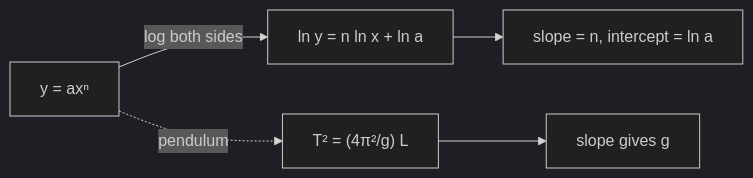
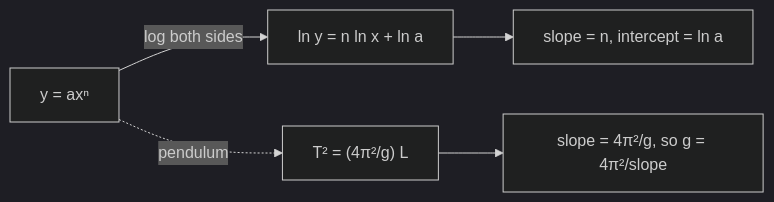
Before and after one commit to SurajGupta2009/Physics_JEEAD-OLYMPIAD_notes: the fifth of 6 diagrams in units-measurements/Units-measurements.md, drawn with Mermaid (dark theme). The commit also changed other lines of this file and 31 other files, not shown here.

````diff
--- a/units-measurements/Units-measurements.md
+++ b/units-measurements/Units-measurements.md
@@ -385,7 +405,7 @@
 ```mermaid
 flowchart LR
   A["y = axⁿ"] -->|"log both sides"| B["ln y = n ln x + ln a"]
   B --> C["slope = n, intercept = ln a"]
   A -.->|"pendulum"| D["T² = (4π²/g) L"]
-  D --> E["slope gives g"]
+  D --> E["slope = 4π²/g, so g = 4π²/slope"]
 ```
````
